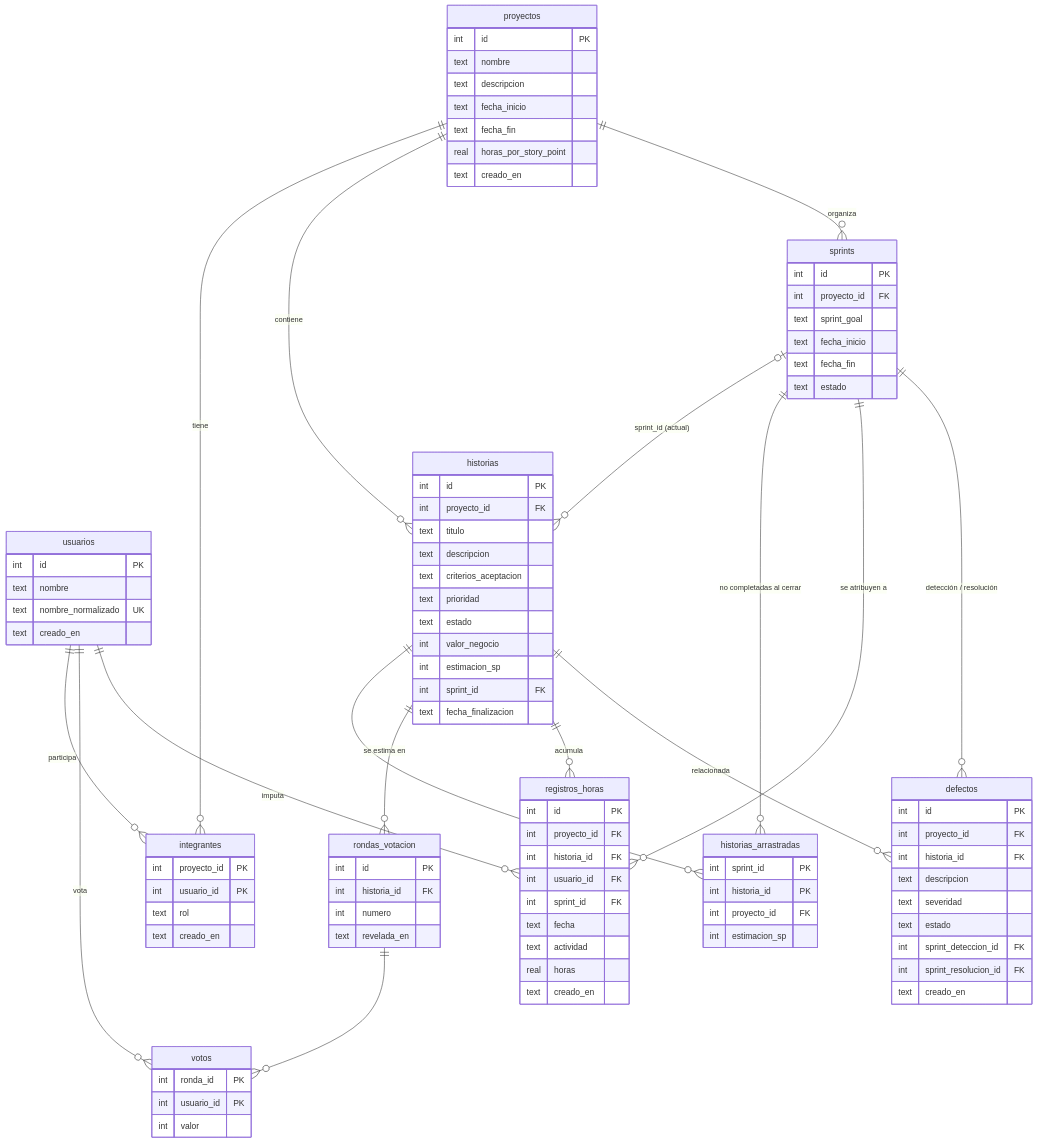
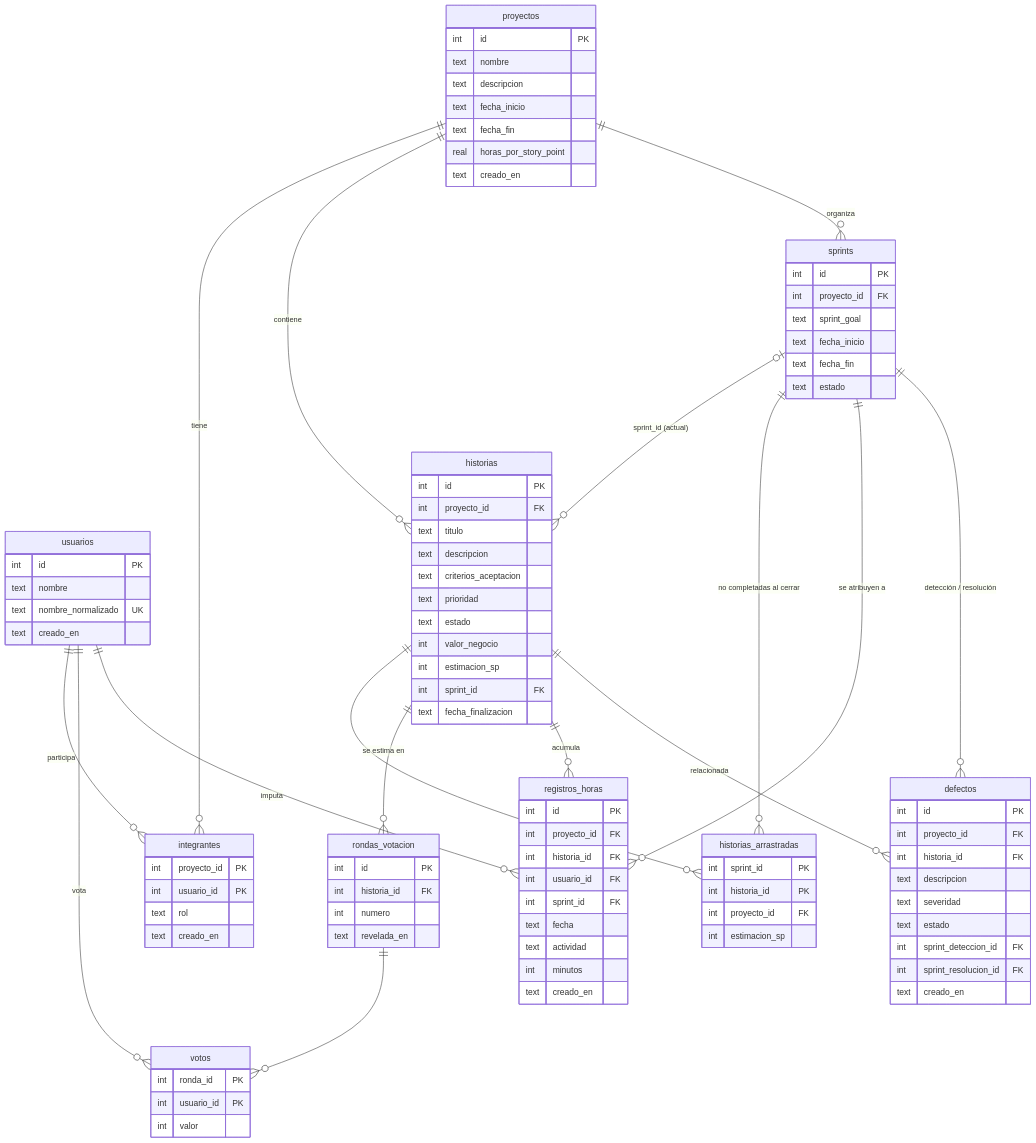
One commit to MoyaCarlos/seguimiento-medicion changed the diagram in MODELO-DE-DATOS.md. Above: the diagram before and after it, drawn with Mermaid. The commit also changed other lines of this file, not shown here.

```diff
--- a/MODELO-DE-DATOS.md
+++ b/MODELO-DE-DATOS.md
@@ -136,7 +137,7 @@
         int sprint_id FK
         text fecha
         text actividad
-        real horas
+        int minutos
         text creado_en
     }
     defectos {
```
